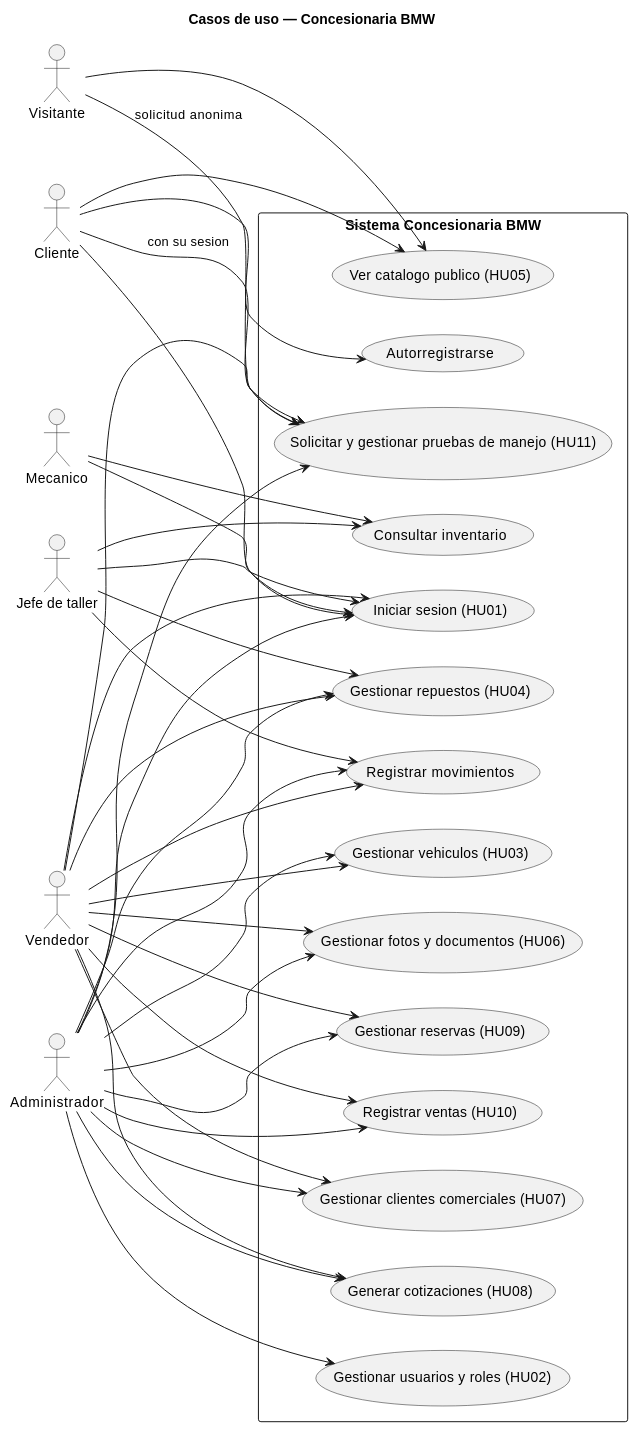
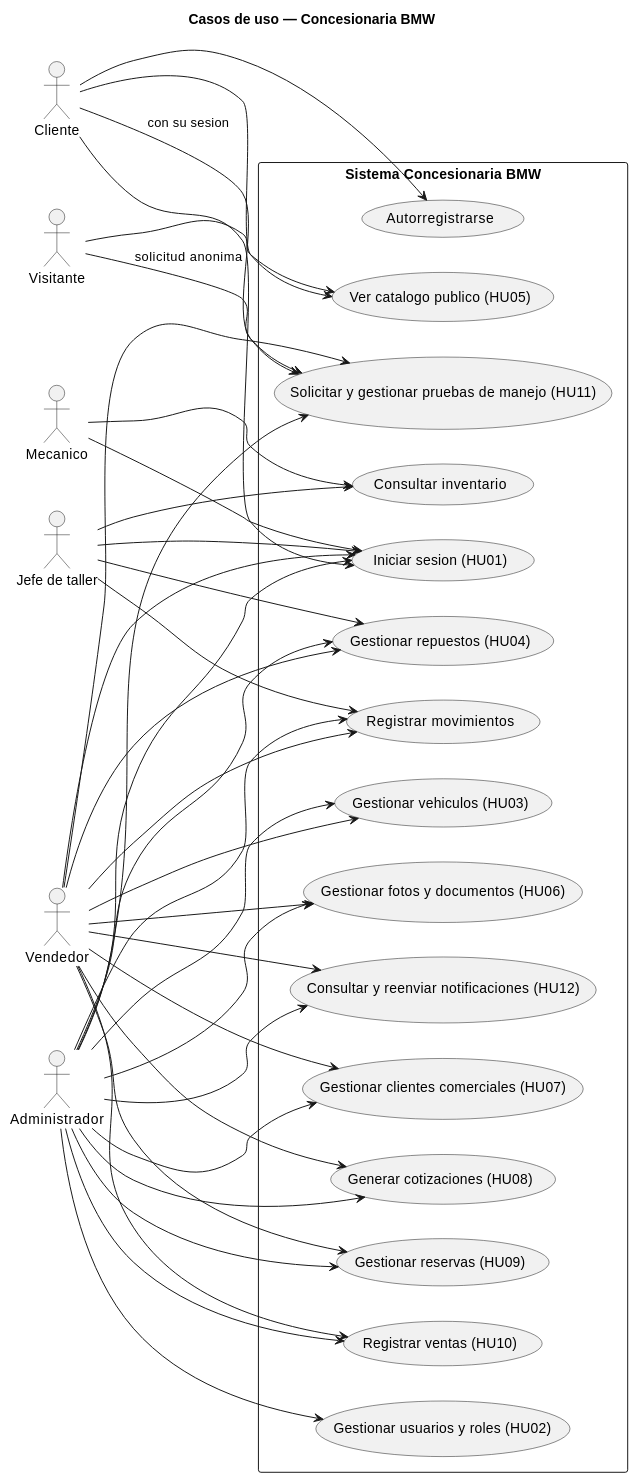
One commit to dgschahvqvc17/Concesionaria-BMW changed the third of 16 diagrams in documentacion/diagramas.md. Above: the diagram before and after it, drawn with PlantUML. The commit also changed other lines of this file and 41 other files, not shown here.

````diff
--- a/documentacion/diagramas.md
+++ b/documentacion/diagramas.md
@@ -128,69 +130,72 @@
 ```plantuml
 @startuml
 title Casos de uso — Concesionaria BMW
 left to right direction
 skinparam shadowing false
 
 actor "Visitante" as visitante
 actor "Cliente" as cliente
 actor "Mecanico" as mecanico
 actor "Jefe de taller" as jefe
 actor "Vendedor" as vendedor
 actor "Administrador" as admin
 
 rectangle "Sistema Concesionaria BMW" {
   usecase "Ver catalogo publico (HU05)" as UC_catalogo
   usecase "Autorregistrarse" as UC_registro
   usecase "Iniciar sesion (HU01)" as UC_login
   usecase "Consultar inventario" as UC_consultar
   usecase "Gestionar vehiculos (HU03)" as UC_vehiculos
   usecase "Gestionar fotos y documentos (HU06)" as UC_archivos
   usecase "Gestionar repuestos (HU04)" as UC_repuestos
   usecase "Registrar movimientos" as UC_movimientos
   usecase "Gestionar clientes comerciales (HU07)" as UC_clientes
   usecase "Generar cotizaciones (HU08)" as UC_cotizaciones
   usecase "Gestionar reservas (HU09)" as UC_reservas
   usecase "Registrar ventas (HU10)" as UC_ventas
   usecase "Solicitar y gestionar pruebas de manejo (HU11)" as UC_pruebas
+  usecase "Consultar y reenviar notificaciones (HU12)" as UC_notificaciones
   usecase "Gestionar usuarios y roles (HU02)" as UC_usuarios
 }
 
 visitante --> UC_catalogo
 visitante --> UC_pruebas : solicitud anonima
 cliente --> UC_catalogo
 cliente --> UC_registro
 cliente --> UC_login
 cliente --> UC_pruebas : con su sesion
 
 mecanico --> UC_login
 mecanico --> UC_consultar
 
 jefe --> UC_login
 jefe --> UC_consultar
 jefe --> UC_repuestos
 jefe --> UC_movimientos
 
 vendedor --> UC_login
 vendedor --> UC_vehiculos
 vendedor --> UC_archivos
 vendedor --> UC_repuestos
 vendedor --> UC_movimientos
 vendedor --> UC_clientes
 vendedor --> UC_cotizaciones
 vendedor --> UC_reservas
 vendedor --> UC_ventas
 vendedor --> UC_pruebas
+vendedor --> UC_notificaciones
 
 admin --> UC_login
 admin --> UC_vehiculos
 admin --> UC_archivos
 admin --> UC_repuestos
 admin --> UC_movimientos
 admin --> UC_clientes
 admin --> UC_cotizaciones
 admin --> UC_reservas
 admin --> UC_ventas
 admin --> UC_pruebas
+admin --> UC_notificaciones
 admin --> UC_usuarios
 @enduml
 ```
````
